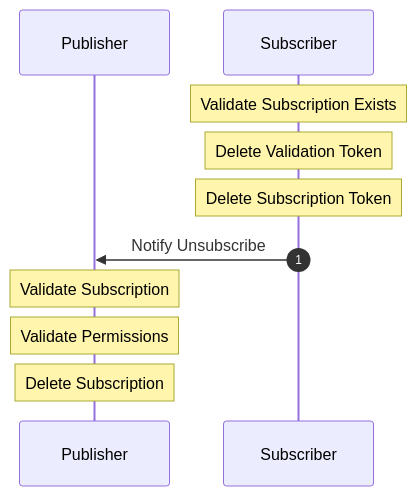
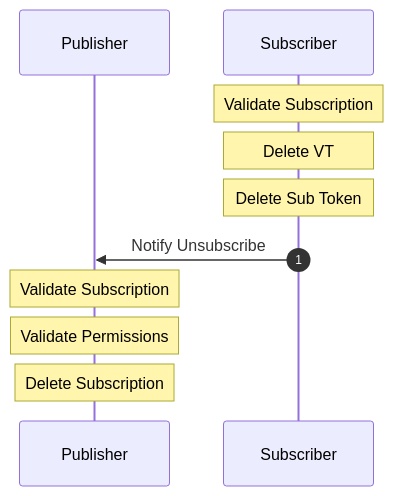
The second of 3 diagrams in docs/subscription.md (nathan-fiscaletti/coattail), drawn with Mermaid before and after one commit. The commit also changed other lines of this file, not shown here.

````diff
--- a/docs/subscription.md
+++ b/docs/subscription.md
@@ -28,17 +28,17 @@
 ```mermaid
 sequenceDiagram
     autonumber
 
     participant Publisher
     participant Subscriber
 
-    Note over Subscriber: Validate Subscription Exists
-    Note over Subscriber: Delete Validation Token
-    Note over Subscriber: Delete Subscription Token
+    Note over Subscriber: Validate Subscription
+    Note over Subscriber: Delete VT
+    Note over Subscriber: Delete Sub Token
 
     Subscriber ->> Publisher: Notify Unsubscribe
 
     Note over Publisher: Validate Subscription
     Note over Publisher: Validate Permissions
     Note over Publisher: Delete Subscription
 ```
````
